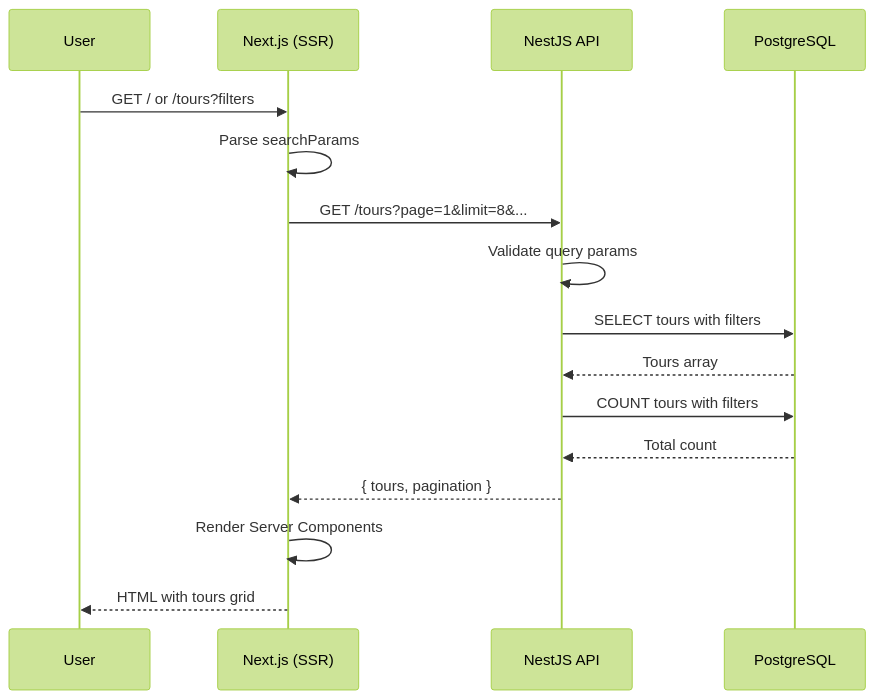
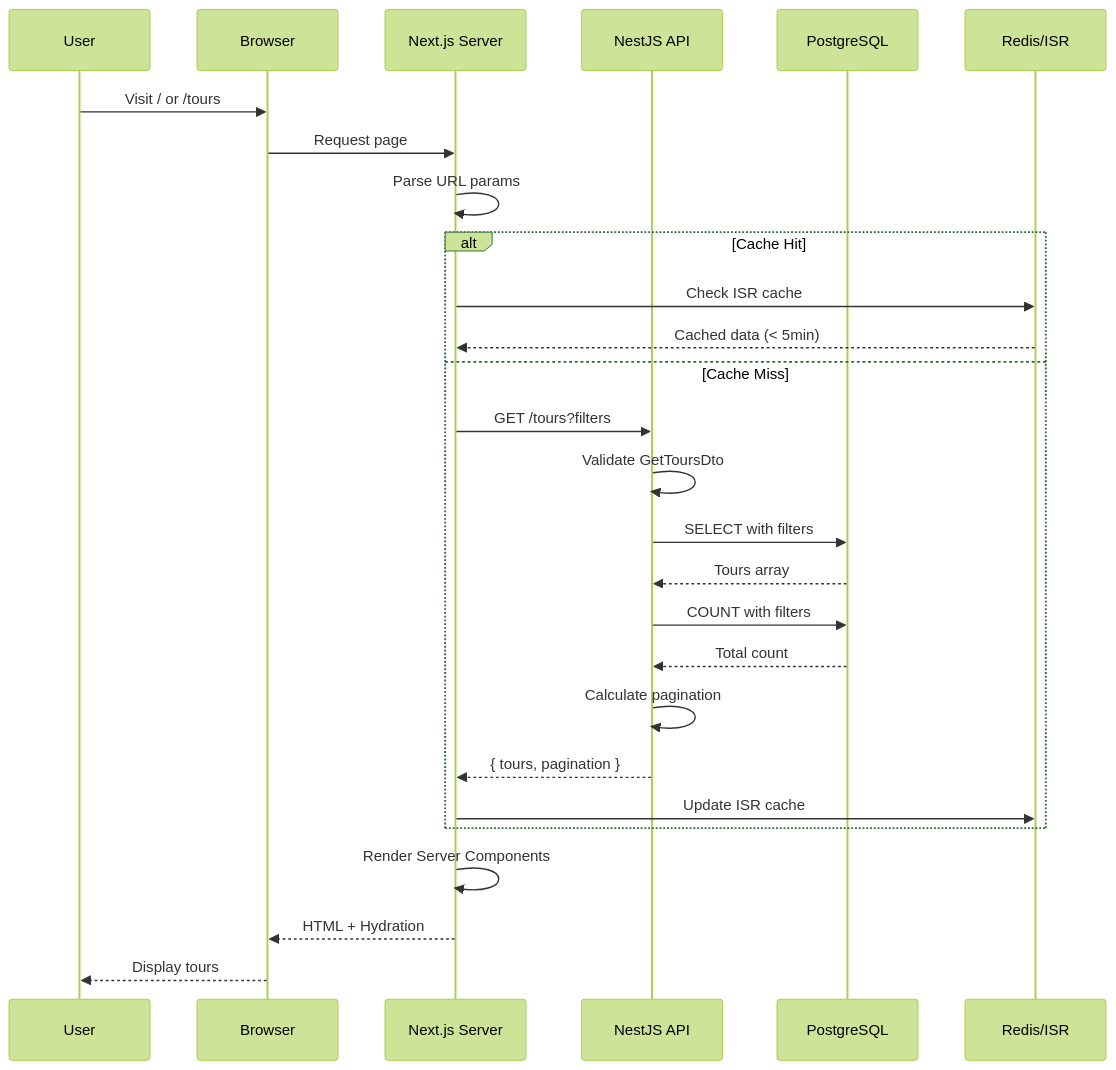
One commit to Trungkien2/booking_tour changed the second of 6 diagrams in docs/screens/tours-overview/tdd-tours-overview.md. Above: the diagram before and after it, drawn with Mermaid (forest theme). The commit also changed other lines of this file and 59 other files, not shown here.

````diff
--- a/docs/screens/tours-overview/tdd-tours-overview.md
+++ b/docs/screens/tours-overview/tdd-tours-overview.md
@@ -1109,19 +1639,32 @@
 ```mermaid
 sequenceDiagram
     participant User
-    participant NextJS as Next.js (SSR)
+    participant Browser
+    participant NextJS as Next.js Server
     participant NestJS as NestJS API
     participant DB as PostgreSQL
+    participant Cache as Redis/ISR
 
-    User->>NextJS: GET / or /tours?filters
-    NextJS->>NextJS: Parse searchParams
-    NextJS->>NestJS: GET /tours?page=1&limit=8&...
-    NestJS->>NestJS: Validate query params
-    NestJS->>DB: SELECT tours with filters
-    DB-->>NestJS: Tours array
-    NestJS->>DB: COUNT tours with filters
-    DB-->>NestJS: Total count
-    NestJS-->>NextJS: { tours, pagination }
+    User->>Browser: Visit / or /tours
+    Browser->>NextJS: Request page
+    NextJS->>NextJS: Parse URL params
+    
+    alt Cache Hit
+        NextJS->>Cache: Check ISR cache
+        Cache-->>NextJS: Cached data (< 5min)
+    else Cache Miss
+        NextJS->>NestJS: GET /tours?filters
+        NestJS->>NestJS: Validate GetToursDto
+        NestJS->>DB: SELECT with filters
+        DB-->>NestJS: Tours array
+        NestJS->>DB: COUNT with filters
+        DB-->>NestJS: Total count
+        NestJS->>NestJS: Calculate pagination
+        NestJS-->>NextJS: { tours, pagination }
+        NextJS->>Cache: Update ISR cache
+    end
+    
     NextJS->>NextJS: Render Server Components
-    NextJS-->>User: HTML with tours grid
+    NextJS-->>Browser: HTML + Hydration
+    Browser-->>User: Display tours
 ```
````
